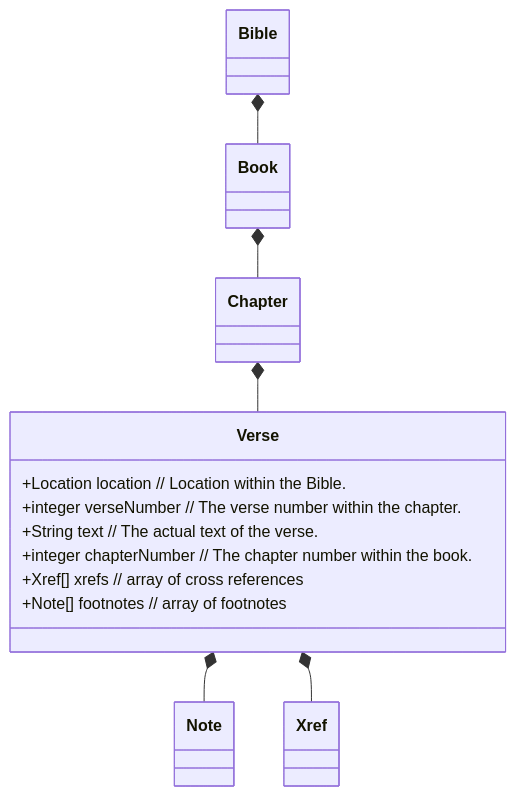
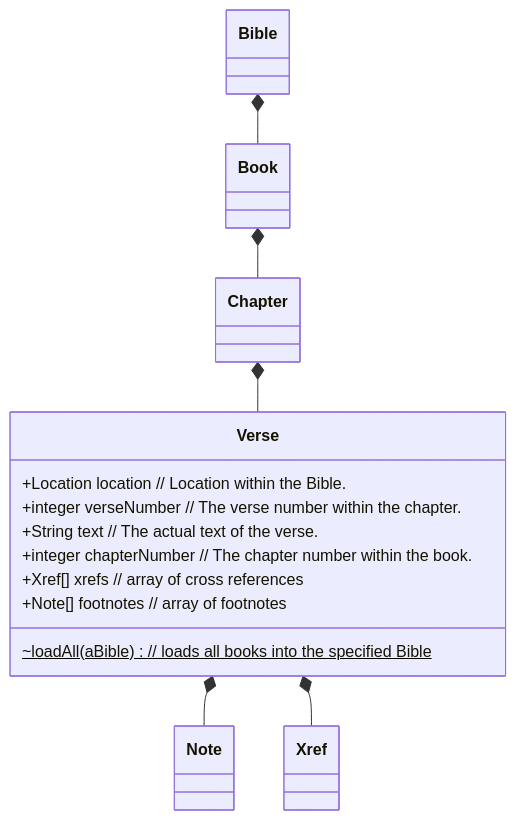
One commit to MichaelKentBurns/BibleModel changed the diagram in ObjectModel/Verse.md. Above: the diagram before and after it, drawn with Mermaid. The commit also changed 14 other files, not shown here.

````diff
--- a/ObjectModel/Verse.md
+++ b/ObjectModel/Verse.md
@@ -14,16 +14,17 @@
  ```mermaid
  classDiagram
     class Verse {
          +Location location     // Location within the Bible.
          +integer verseNumber  // The verse number within the chapter.
          +String text        // The actual text of the verse.
          +integer chapterNumber  // The chapter number within the book.
          +Xref[] xrefs      // array of cross references
          +Note[] footnotes  // array of footnotes
+     ~loadAll(aBible)$   // loads all books into the specified Bible
  }
  Bible *-- Book
  Book *-- Chapter
  Chapter *-- Verse
  Verse *-- Note
  Verse *-- Xref 
  ```
````
